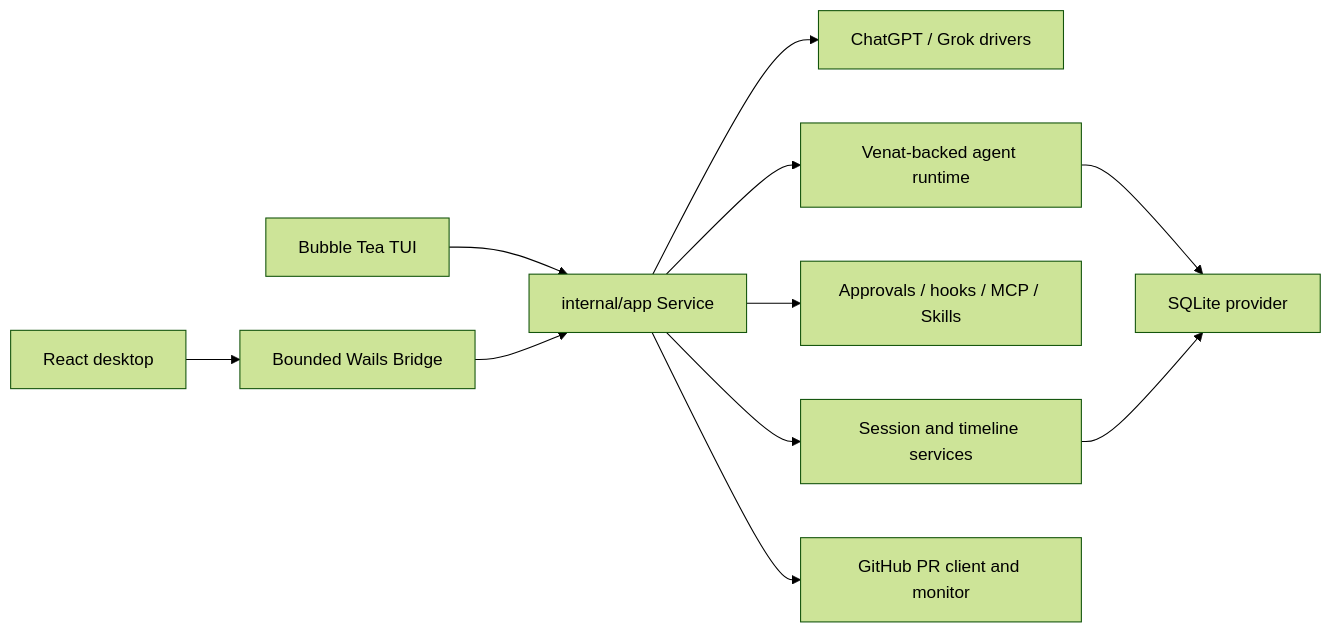
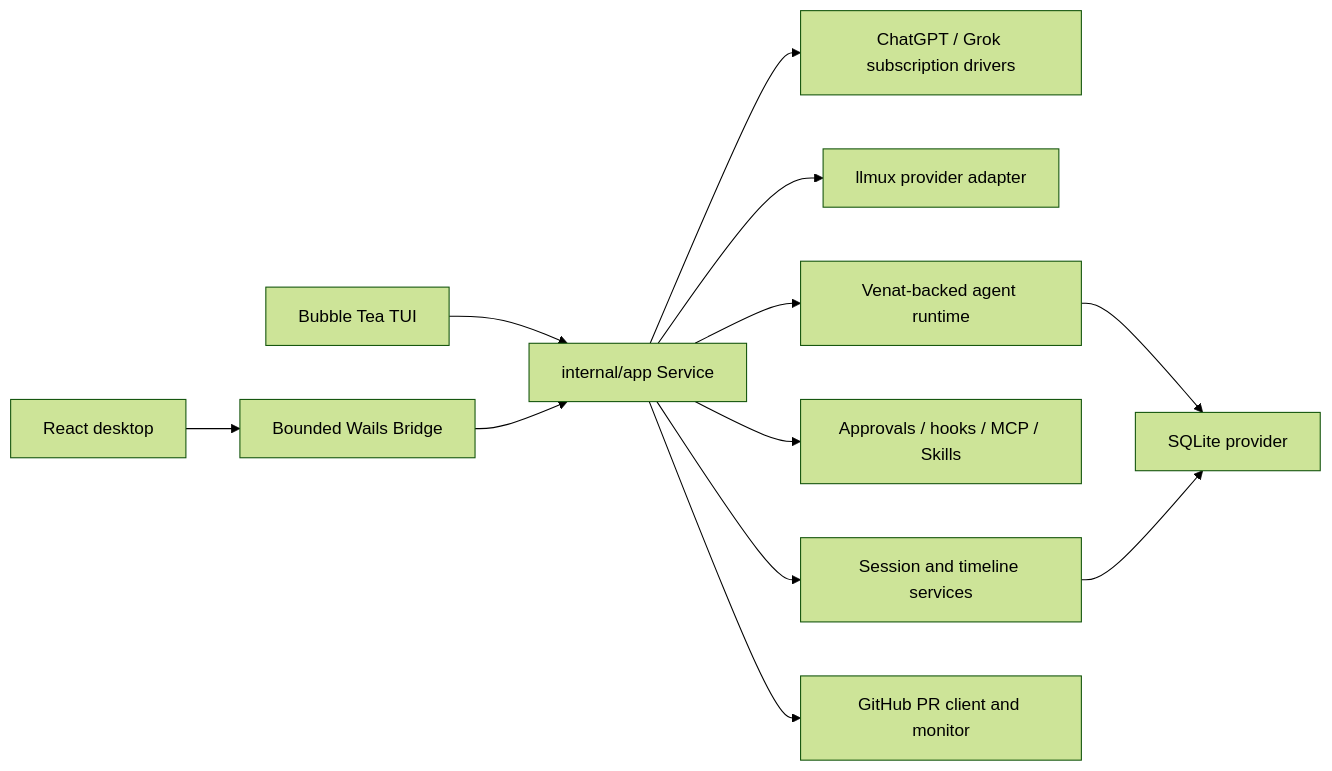
One commit to Viking602/azem changed the diagram in docs/architecture.md. Above: the diagram before and after it, drawn with Mermaid (forest theme). The commit also changed other lines of this file and 68 other files, not shown here.

````diff
--- a/docs/architecture.md
+++ b/docs/architecture.md
@@ -13,12 +13,13 @@
 ```mermaid
 flowchart LR
     TUI["Bubble Tea TUI"] --> APP["internal/app Service"]
     GUI["React desktop"] --> BRIDGE["Bounded Wails Bridge"] --> APP
-    APP --> PROVIDERS["ChatGPT / Grok drivers"]
+    APP --> PROVIDERS["ChatGPT / Grok subscription drivers"]
+    APP --> LLMUX["llmux provider adapter"]
     APP --> AGENT["Venat-backed agent runtime"]
     APP --> POLICY["Approvals / hooks / MCP / Skills"]
     APP --> SESSION["Session and timeline services"]
     AGENT --> STORE["SQLite provider"]
     SESSION --> STORE
     APP --> PR["GitHub PR client and monitor"]
 ```
````
